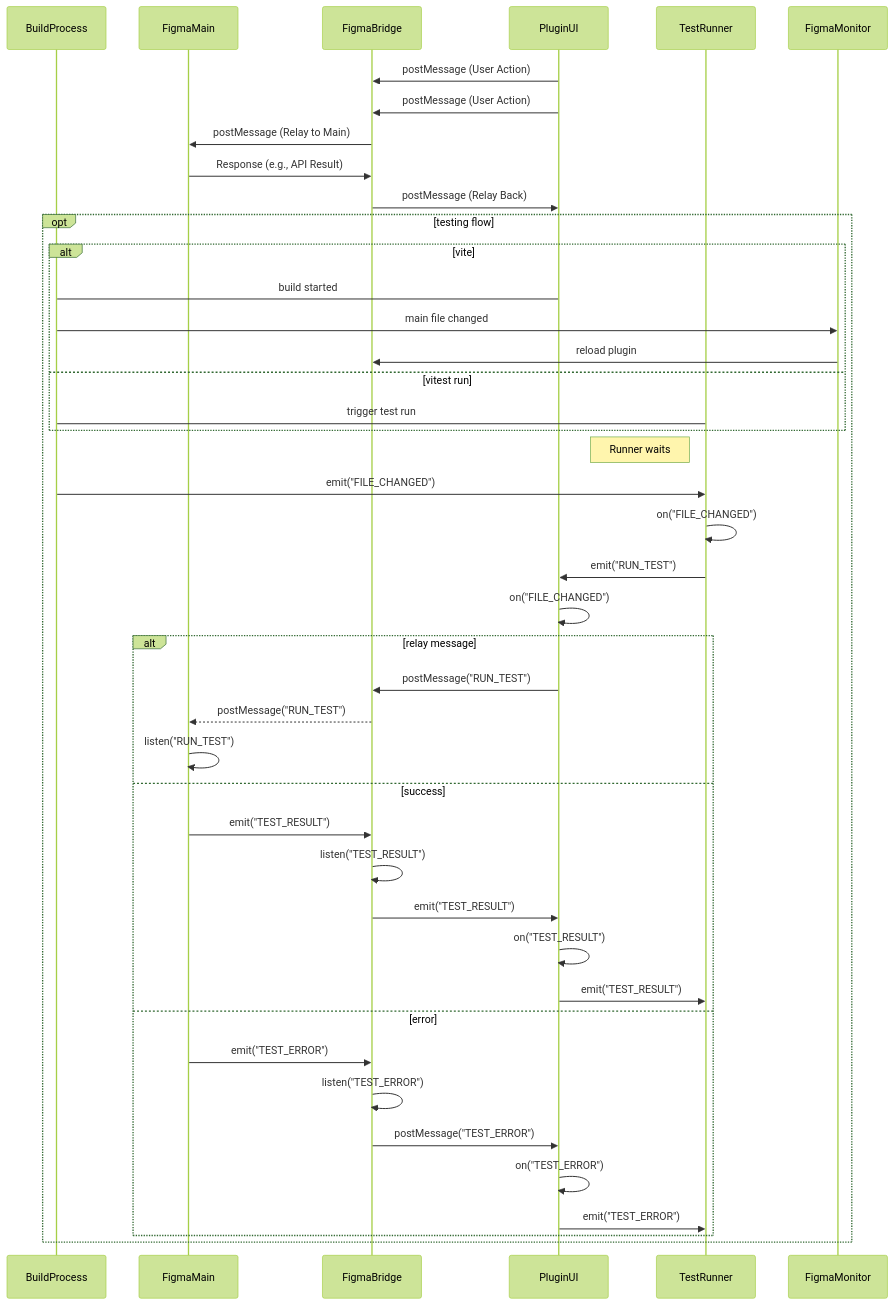
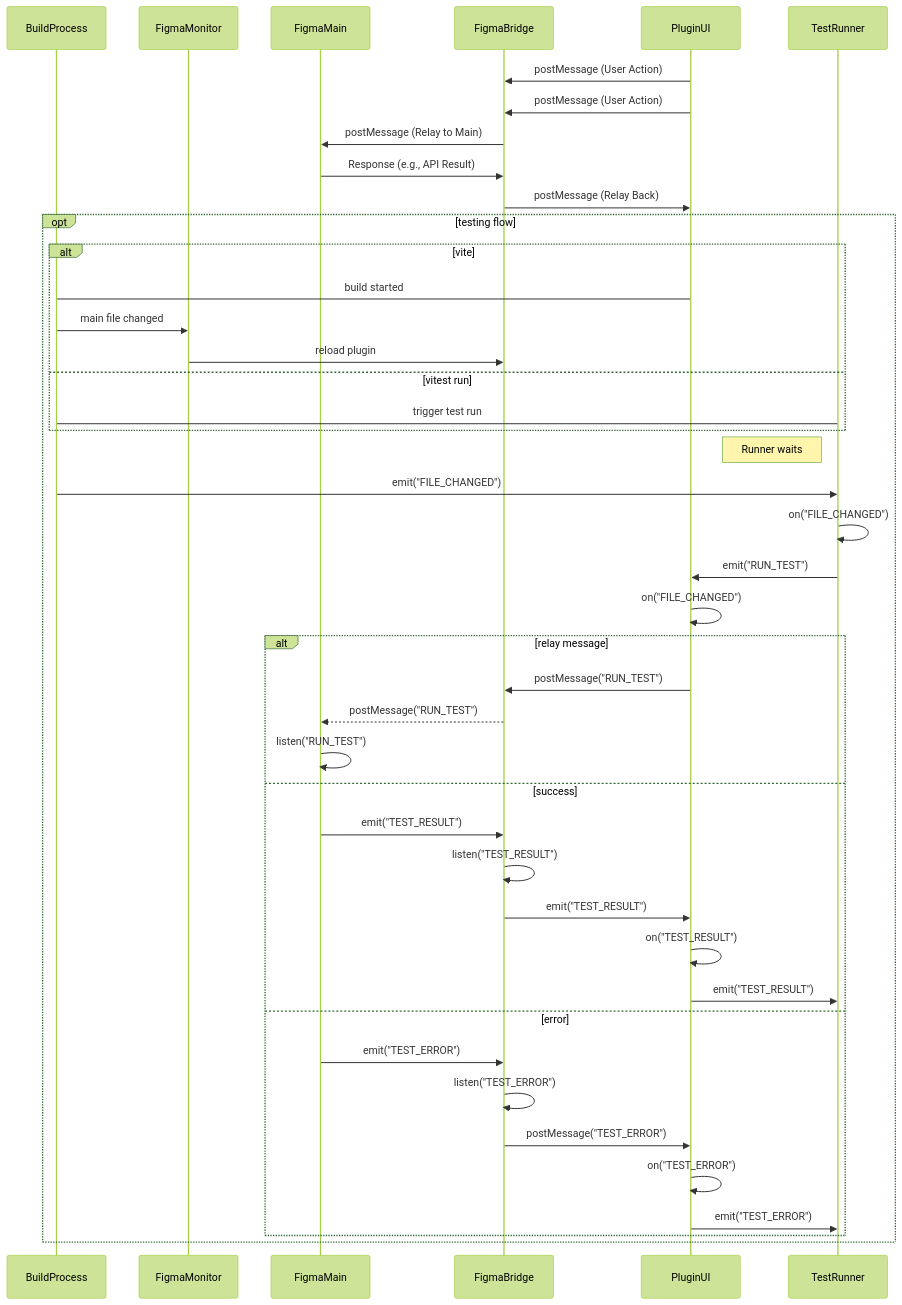
Before and after one commit to gavinmcfarland/plugma: the diagram in docs/plugin-communication.md, drawn with Mermaid (forest theme). The commit also changed other lines of this file, not shown here.

Commit message:
Added FigmaMonitor participant to the plugin communication sequence diagram, enhancing clarity of interactions within the plugin architecture.

````diff
--- a/docs/plugin-communication.md
+++ b/docs/plugin-communication.md
@@ -1,51 +1,51 @@
 ```mermaid
 sequenceDiagram
     participant BuildProcess
+    participant FigmaMonitor
     participant FigmaMain
     participant FigmaBridge
     participant PluginUI
     participant TestRunner
-    participant FigmaMonitor
 
     PluginUI->>FigmaBridge: postMessage (User Action)
     PluginUI->>FigmaBridge: postMessage (User Action)
     FigmaBridge->>FigmaMain: postMessage (Relay to Main)
     FigmaMain->>FigmaBridge: Response (e.g., API Result)
     FigmaBridge->>PluginUI: postMessage (Relay Back)
 
     opt testing flow
         alt vite
             BuildProcess->PluginUI: build started
             BuildProcess->>FigmaMonitor: main file changed
             FigmaMonitor->>FigmaBridge: reload plugin
         else vitest run
             BuildProcess->TestRunner: trigger test run
         end
 
         note left of TestRunner: Runner waits
         BuildProcess->>TestRunner: emit("FILE_CHANGED")
 
         TestRunner->>TestRunner: on("FILE_CHANGED")
         TestRunner->>PluginUI: emit("RUN_TEST")
 
         PluginUI->>PluginUI: on("FILE_CHANGED")
 
         alt relay message
             PluginUI->>FigmaBridge: postMessage("RUN_TEST")
             FigmaBridge-->>FigmaMain: postMessage("RUN_TEST")
             FigmaMain->>FigmaMain: listen("RUN_TEST")
         else success
             FigmaMain->>FigmaBridge: emit("TEST_RESULT")
             FigmaBridge->>FigmaBridge: listen("TEST_RESULT")
             FigmaBridge->>PluginUI: emit("TEST_RESULT")
             PluginUI->>PluginUI: on("TEST_RESULT")
             PluginUI->>TestRunner: emit("TEST_RESULT")
         else error
             FigmaMain->>FigmaBridge: emit("TEST_ERROR")
             FigmaBridge->>FigmaBridge: listen("TEST_ERROR")
             FigmaBridge->>PluginUI: postMessage("TEST_ERROR")
             PluginUI->>PluginUI: on("TEST_ERROR")
             PluginUI->>TestRunner: emit("TEST_ERROR")
         end
     end
 ```
````
